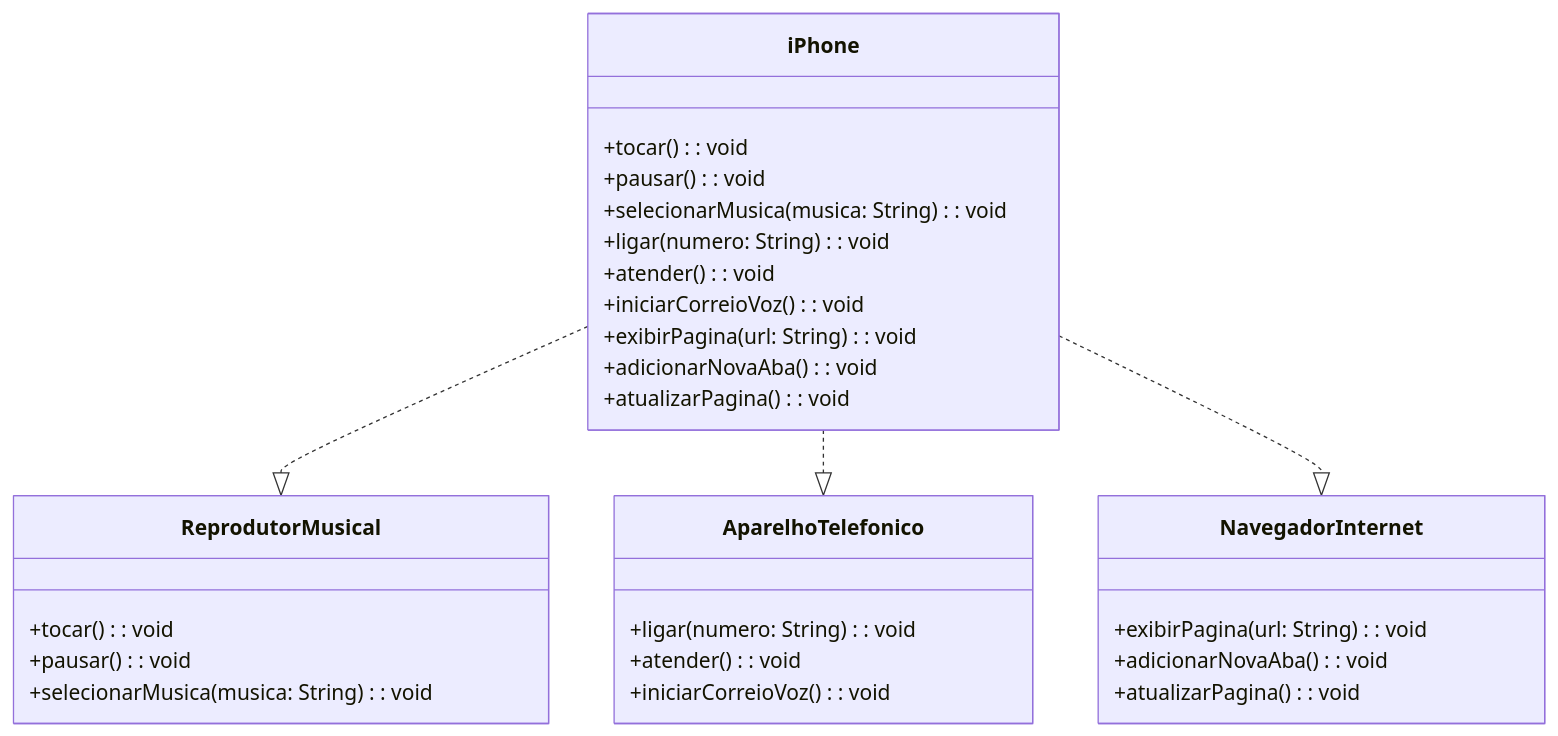
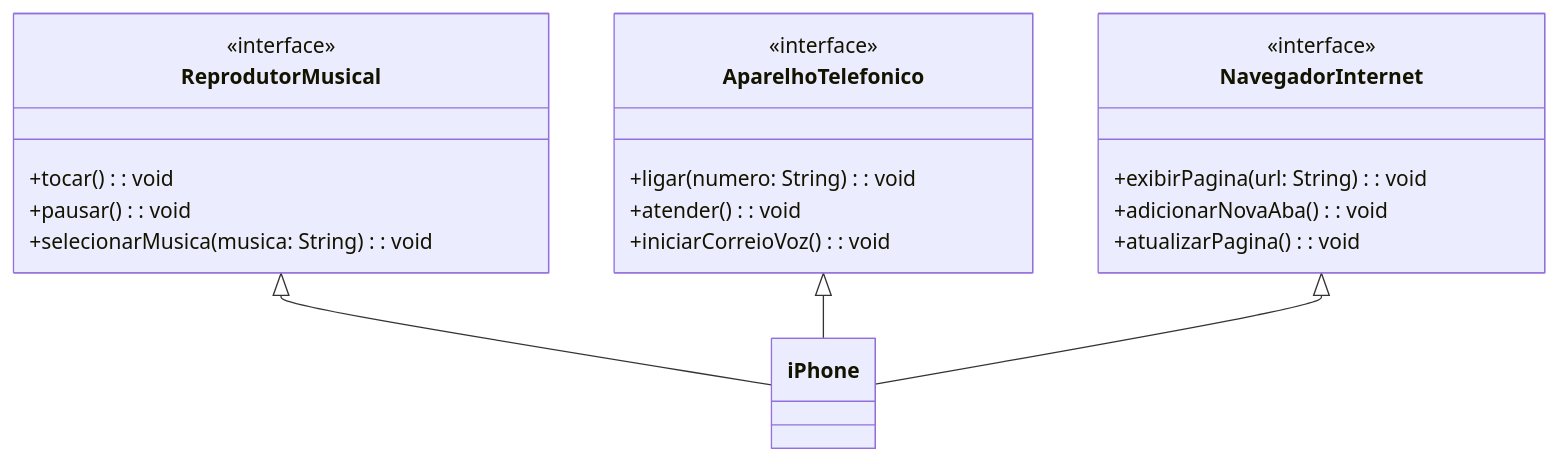
Before and after one commit to Gilleady/desafio-uml-iphone: the diagram in README.md, drawn with Mermaid.

````diff
--- a/README.md
+++ b/README.md
@@ -7,36 +7,30 @@
 ```mermaid
 classDiagram
   class iPhone {
-    +tocar(): void
-    +pausar(): void
-    +selecionarMusica(musica: String): void
-    +ligar(numero: String): void
-    +atender(): void
-    +iniciarCorreioVoz(): void
-    +exibirPagina(url: String): void
-    +adicionarNovaAba(): void
-    +atualizarPagina(): void
   }
 
   class ReprodutorMusical {
+    <<interface>>
     +tocar(): void
     +pausar(): void
     +selecionarMusica(musica: String): void
   }
 
   class AparelhoTelefonico {
+    <<interface>>
     +ligar(numero: String): void
     +atender(): void
     +iniciarCorreioVoz(): void
   }
 
   class NavegadorInternet {
+    <<interface>>
     +exibirPagina(url: String): void
     +adicionarNovaAba(): void
     +atualizarPagina(): void
   }
 
-  iPhone ..|> ReprodutorMusical
-  iPhone ..|> AparelhoTelefonico
-  iPhone ..|> NavegadorInternet
+  ReprodutorMusical <|-- iPhone
+  AparelhoTelefonico <|-- iPhone
+  NavegadorInternet <|-- iPhone
 ```
````
